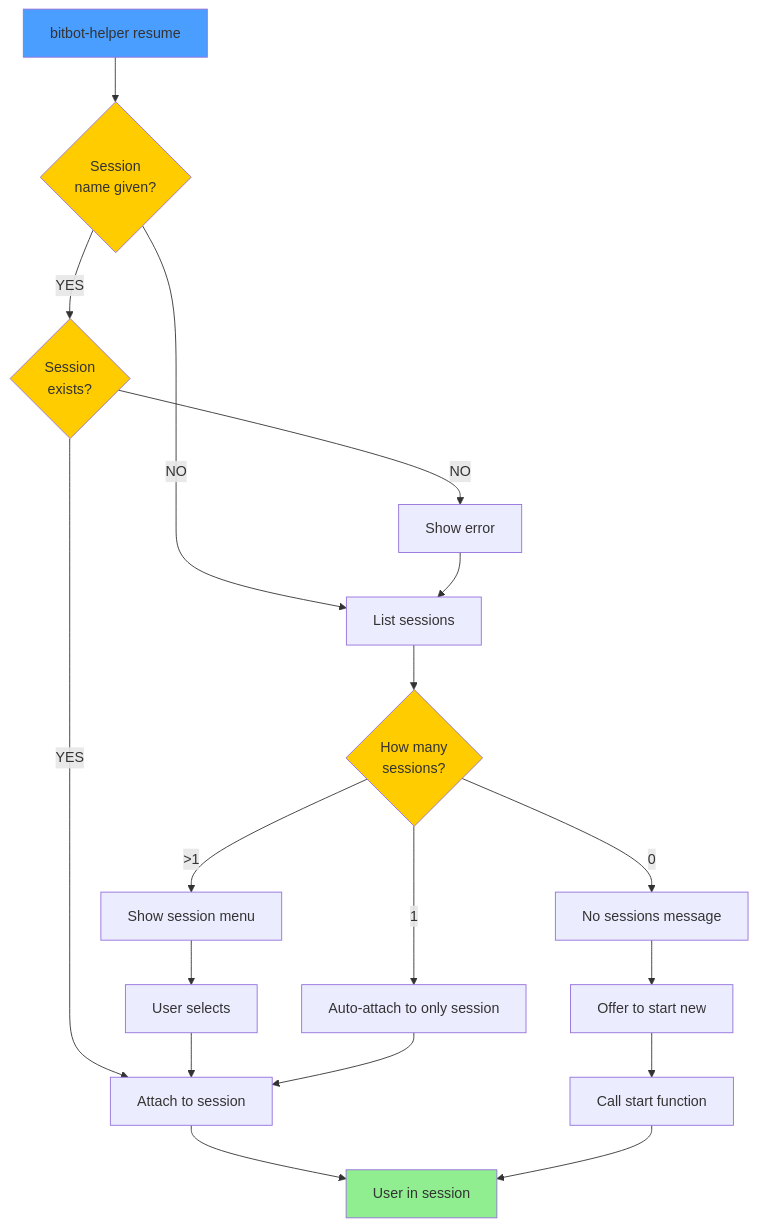
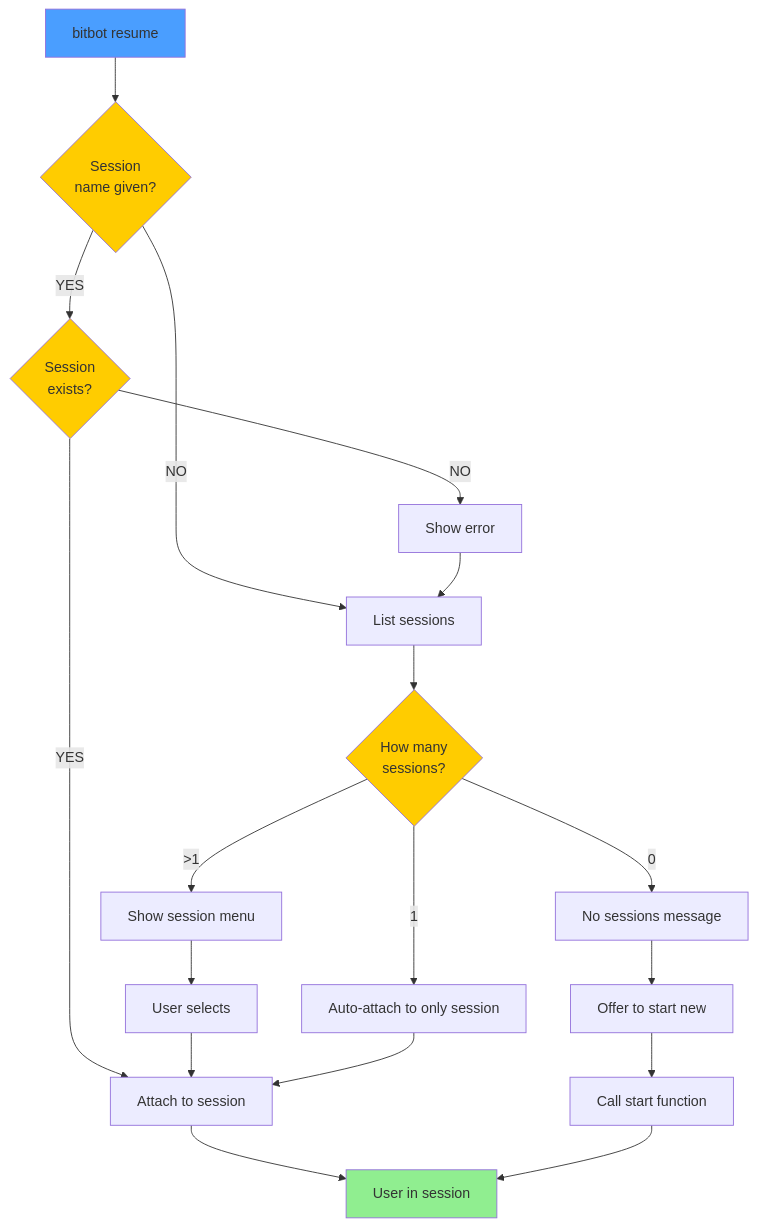
One commit to ManuelKugelmann/BitBot changed the third of 5 diagrams in sparc/2-pseudocode/FLOW_INNER_BITBOT.md. Above: the diagram before and after it, drawn with Mermaid. The commit also changed other lines of this file, not shown here.

First line of the commit message:
Update container bitbot flow with transparent behavior

````diff
--- a/sparc/2-pseudocode/FLOW_INNER_BITBOT.md
+++ b/sparc/2-pseudocode/FLOW_INNER_BITBOT.md
@@ -76,33 +97,33 @@
 ```mermaid
 flowchart TD
-    Cmd[bitbot-helper resume] --> CheckName{Session<br/>name given?}
+    Cmd[bitbot resume] --> CheckName{Session<br/>name given?}
 
     CheckName -->|YES| TryAttach{Session<br/>exists?}
     CheckName -->|NO| List[List sessions]
 
     TryAttach -->|YES| Attach[Attach to session]
     TryAttach -->|NO| Error[Show error]
     Error --> List
 
     List --> Count{How many<br/>sessions?}
 
     Count -->|0| None[No sessions message]
     Count -->|1| Auto[Auto-attach to only session]
     Count -->|>1| Menu[Show session menu]
 
     None --> NewOpt[Offer to start new]
     NewOpt --> Start[Call start function]
 
     Menu --> Select[User selects]
     Select --> Attach
 
     Auto --> Attach
     Attach --> Done[User in session]
     Start --> Done
 
     style Cmd fill:#4a9eff
     style CheckName fill:#ffcc00
     style TryAttach fill:#ffcc00
     style Count fill:#ffcc00
     style Done fill:#90ee90
 ```
````
